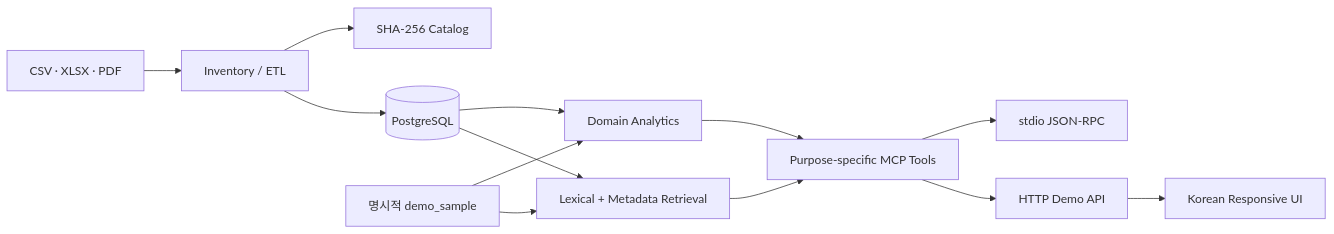
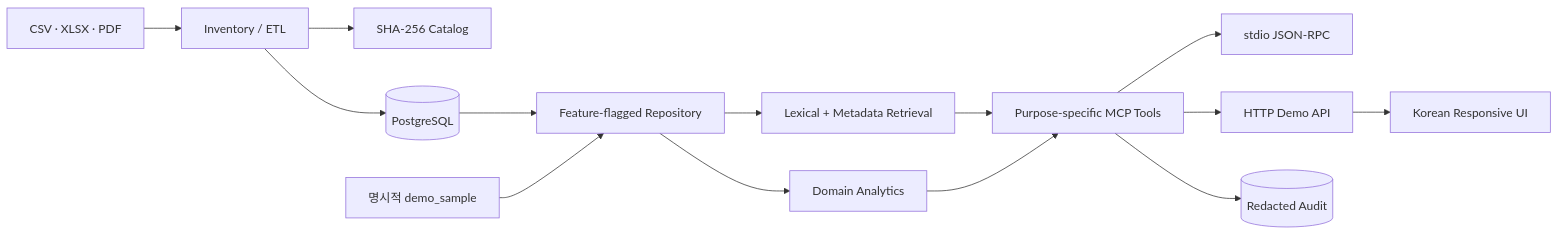
One commit to LanaKee/mcp changed the diagram in docs/architecture.md. Above: the diagram before and after it, drawn with Mermaid. The commit also changed other lines of this file and 32 other files, not shown here.

````diff
--- a/docs/architecture.md
+++ b/docs/architecture.md
@@ -9,15 +9,17 @@
 ```mermaid
 flowchart LR
   RAW[CSV · XLSX · PDF] --> ETL[Inventory / ETL]
   ETL --> CAT[SHA-256 Catalog]
   ETL --> PG[(PostgreSQL)]
-  SAMPLE[명시적 demo_sample] --> DOMAIN[Domain Analytics]
-  PG --> DOMAIN
-  PG --> RET[Lexical + Metadata Retrieval]
-  SAMPLE --> RET
+  SAMPLE[명시적 demo_sample]
+  PG --> REPO[Feature-flagged Repository]
+  SAMPLE --> REPO
+  REPO --> DOMAIN[Domain Analytics]
+  REPO --> RET[Lexical + Metadata Retrieval]
   RET --> TOOLS[Purpose-specific MCP Tools]
   DOMAIN --> TOOLS
   TOOLS --> STDIO[stdio JSON-RPC]
   TOOLS --> HTTP[HTTP Demo API]
+  TOOLS --> AUDIT[(Redacted Audit)]
   HTTP --> WEB[Korean Responsive UI]
 ```
````
